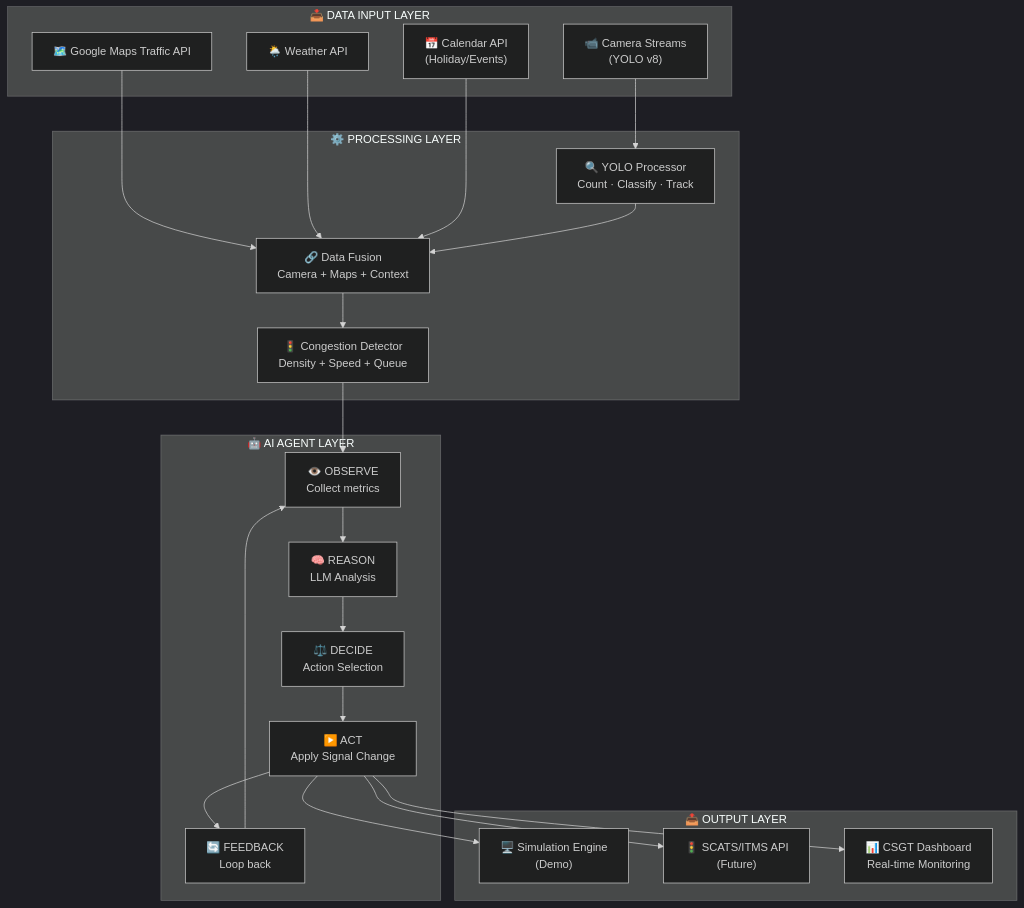
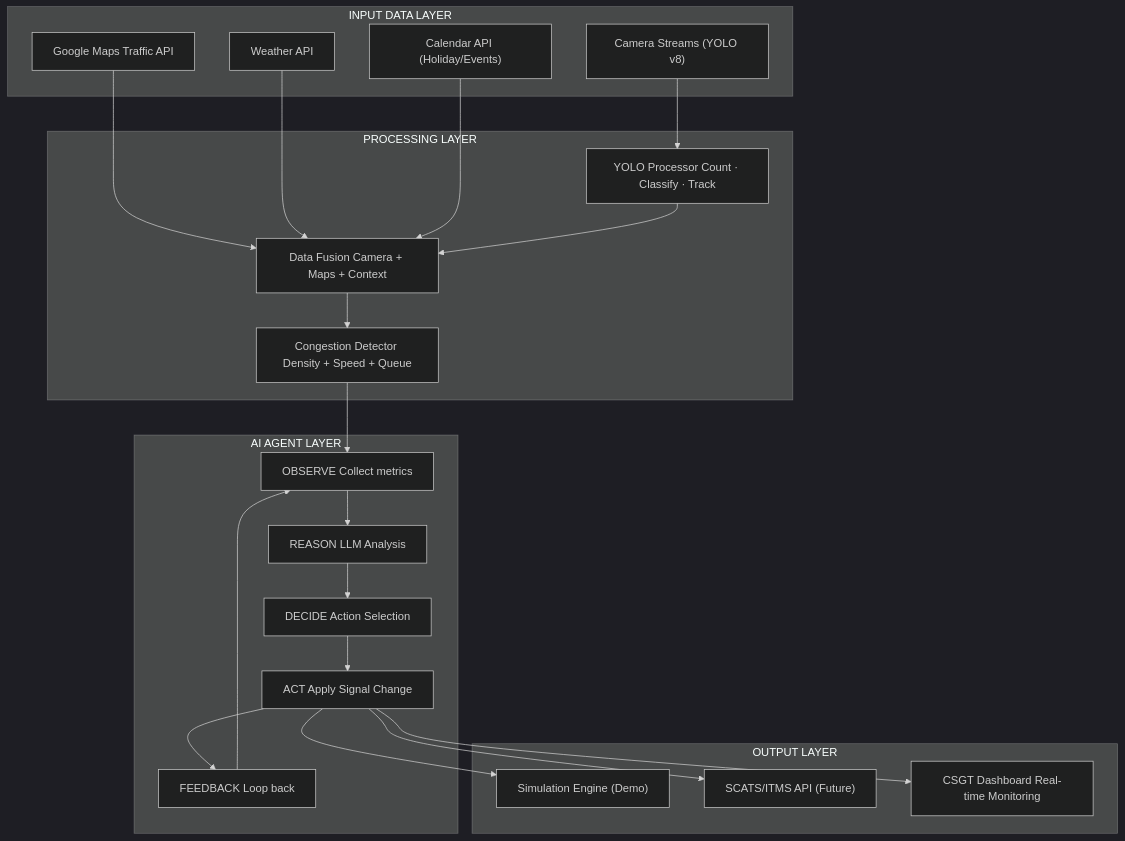
The first of 9 diagrams in docs/architecture.md (tanh1c/agent-traffic), drawn with Mermaid (dark theme) before and after one commit. The commit also changed other lines of this file, not shown here.

Commit message:
docs: use default mermaid colors and English only

````diff
--- a/docs/architecture.md
+++ b/docs/architecture.md
@@ -9,45 +9,45 @@
 ```mermaid
 flowchart TB
-    subgraph INPUT["📥 DATA INPUT LAYER"]
-        CAMERA["📹 Camera Streams<br/>(YOLO v8)"]
-        MAPS["🗺️ Google Maps Traffic API"]
-        WEATHER["🌦️ Weather API"]
-        CALENDAR["📅 Calendar API<br/>(Holiday/Events)"]
+    subgraph INPUT["INPUT DATA LAYER"]
+        CAMERA["Camera Streams (YOLO v8)"]
+        MAPS["Google Maps Traffic API"]
+        WEATHER["Weather API"]
+        CALENDAR["Calendar API (Holiday/Events)"]
     end
 
-    subgraph PROCESS["⚙️ PROCESSING LAYER"]
-        YOLO["🔍 YOLO Processor<br/>Count · Classify · Track"]
-        MERGE["🔗 Data Fusion<br/>Camera + Maps + Context"]
-        CONGESTION["🚦 Congestion Detector<br/>Density + Speed + Queue"]
+    subgraph PROCESS["PROCESSING LAYER"]
+        YOLO["YOLO Processor Count · Classify · Track"]
+        MERGE["Data Fusion Camera + Maps + Context"]
+        CONGESTION["Congestion Detector Density + Speed + Queue"]
     end
 
-    subgraph AGENT["🤖 AI AGENT LAYER"]
-        OBSERVE["👁️ OBSERVE<br/>Collect metrics"]
-        REASON["🧠 REASON<br/>LLM Analysis"]
-        DECIDE["⚖️ DECIDE<br/>Action Selection"]
-        ACT["▶️ ACT<br/>Apply Signal Change"]
-        FEEDBACK["🔄 FEEDBACK<br/>Loop back"]
+    subgraph AGENT["AI AGENT LAYER"]
+        OBSERVE["OBSERVE Collect metrics"]
+        REASON["REASON LLM Analysis"]
+        DECIDE["DECIDE Action Selection"]
+        ACT["ACT Apply Signal Change"]
+        FEEDBACK["FEEDBACK Loop back"]
     end
 
-    subgraph OUTPUT["📤 OUTPUT LAYER"]
-        SIM["🖥️ Simulation Engine<br/>(Demo)"]
-        SCATS["🚦 SCATS/ITMS API<br/>(Future)"]
-        DASHBOARD["📊 CSGT Dashboard<br/>Real-time Monitoring"]
+    subgraph OUTPUT["OUTPUT LAYER"]
+        SIM["Simulation Engine (Demo)"]
+        SCATS["SCATS/ITMS API (Future)"]
+        DASHBOARD["CSGT Dashboard Real-time Monitoring"]
     end
 
     CAMERA --> YOLO
     MAPS --> MERGE
     WEATHER --> MERGE
     CALENDAR --> MERGE
     YOLO --> MERGE
     MERGE --> CONGESTION
     CONGESTION --> OBSERVE
     OBSERVE --> REASON
     REASON --> DECIDE
     DECIDE --> ACT
     ACT --> FEEDBACK
     FEEDBACK --> OBSERVE
     ACT --> SIM
     ACT --> SCATS
     ACT --> DASHBOARD
 ```
````
